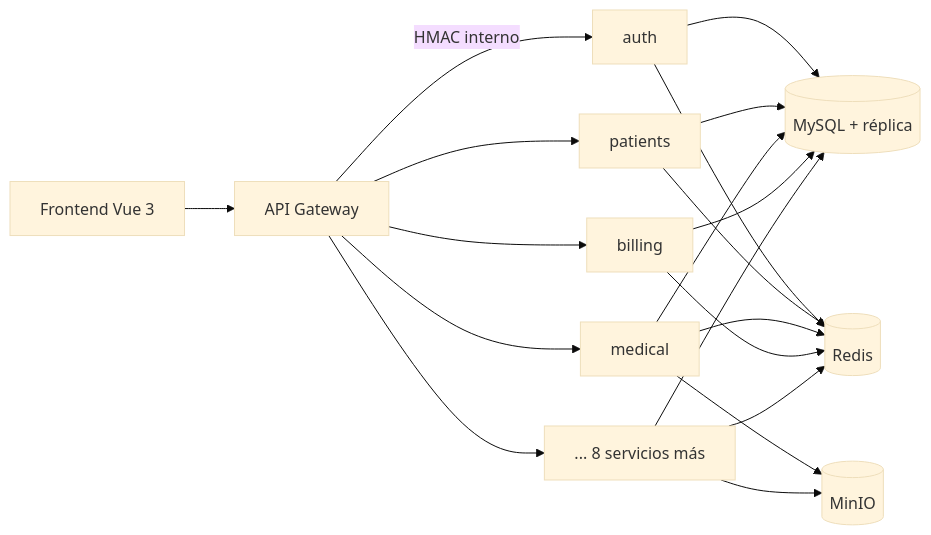
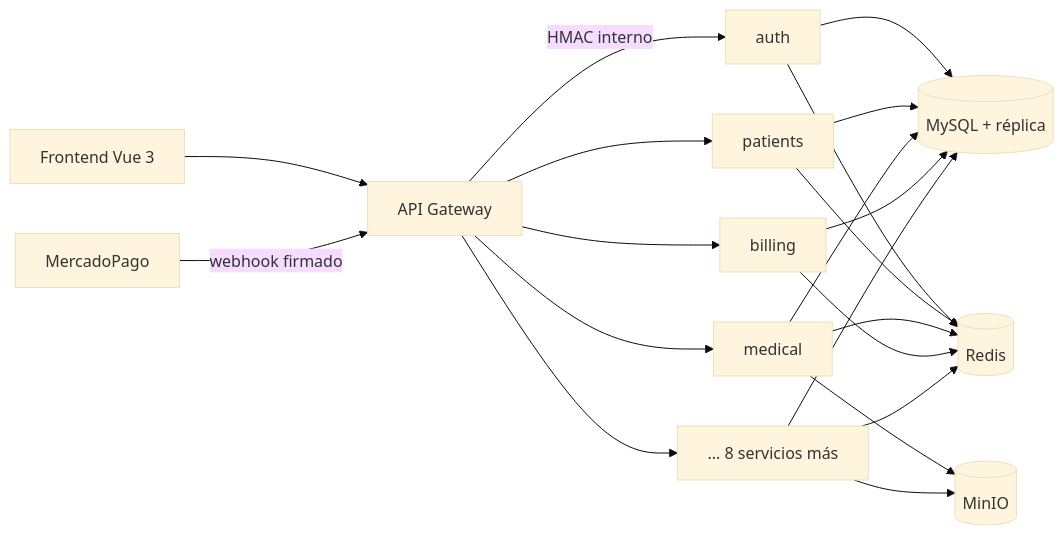
The diagram in VETERINARIAPROD/README.md (ajpfox10/REP-PORTAFOLIO), drawn with Mermaid (base theme) before and after one commit. The commit also changed other lines of this file and 51 other files, not shown here.

````diff
--- a/VETERINARIAPROD/README.md
+++ b/VETERINARIAPROD/README.md
@@ -23,12 +57,13 @@
 ```mermaid
 flowchart LR
   FE[Frontend Vue 3] --> GW[API Gateway]
   GW -->|HMAC interno| AU[auth]
   GW --> PA[patients]
   GW --> ME[medical]
   GW --> BI[billing]
   GW --> OT[... 8 servicios más]
   AU & PA & ME & BI & OT --> DB[(MySQL + réplica)]
   AU & PA & ME & BI & OT --> RD[(Redis)]
   ME & OT --> S3[(MinIO)]
+  MP[MercadoPago] -->|webhook firmado| GW
 ```
````
